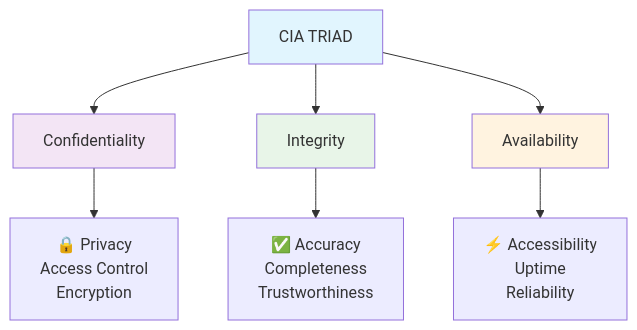
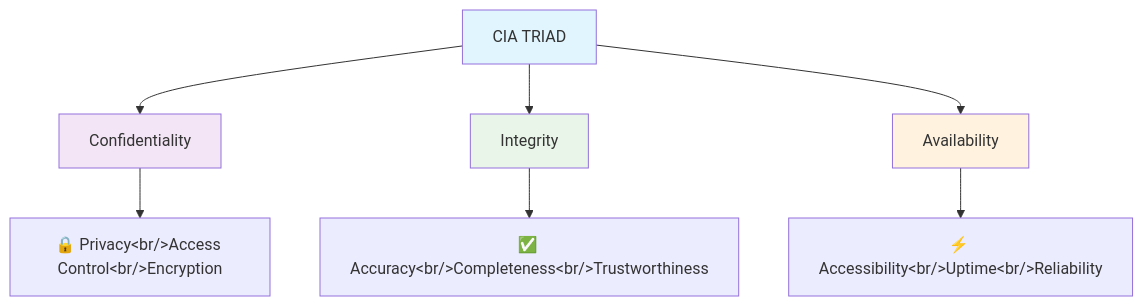
One commit to milavdabgar/studio changed the first of 6 diagrams in content/resources/study-materials/32-ict/sem-5/4353204-cyber-security/slidev/02-computer-security-fundamentals.md. Above: the diagram before and after it, drawn with Mermaid. The commit also changed other lines of this file and 4 other files, not shown here.

````diff
--- a/content/resources/study-materials/32-ict/sem-5/4353204-cyber-security/slidev/02-computer-security-fundamentals.md
+++ b/content/resources/study-materials/32-ict/sem-5/4353204-cyber-security/slidev/02-computer-security-fundamentals.md
@@ -126,15 +126,15 @@
 ```mermaid
 graph TD
     A[CIA TRIAD] --> B[Confidentiality]
     A --> C[Integrity] 
     A --> D[Availability]
     
-    B --> B1["🔒 Privacy<br/>Access Control<br/>Encryption"]
-    C --> C1["✅ Accuracy<br/>Completeness<br/>Trustworthiness"]
-    D --> D1["⚡ Accessibility<br/>Uptime<br/>Reliability"]
+    B --> B1["🔒 Privacy&lt;br/&gt;Access Control&lt;br/&gt;Encryption"]
+    C --> C1["✅ Accuracy&lt;br/&gt;Completeness&lt;br/&gt;Trustworthiness"]
+    D --> D1["⚡ Accessibility&lt;br/&gt;Uptime&lt;br/&gt;Reliability"]
     
     style A fill:#e1f5fe
     style B fill:#f3e5f5
     style C fill:#e8f5e8
     style D fill:#fff3e0
 ```
````
